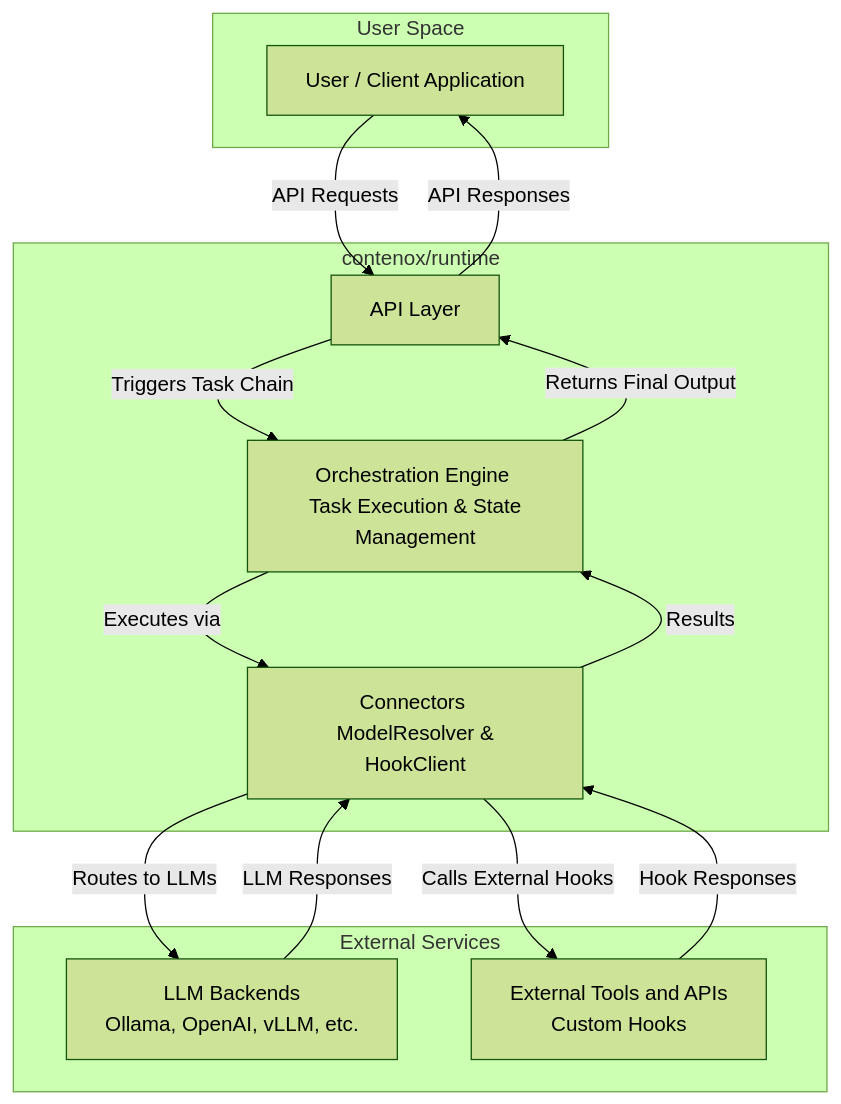
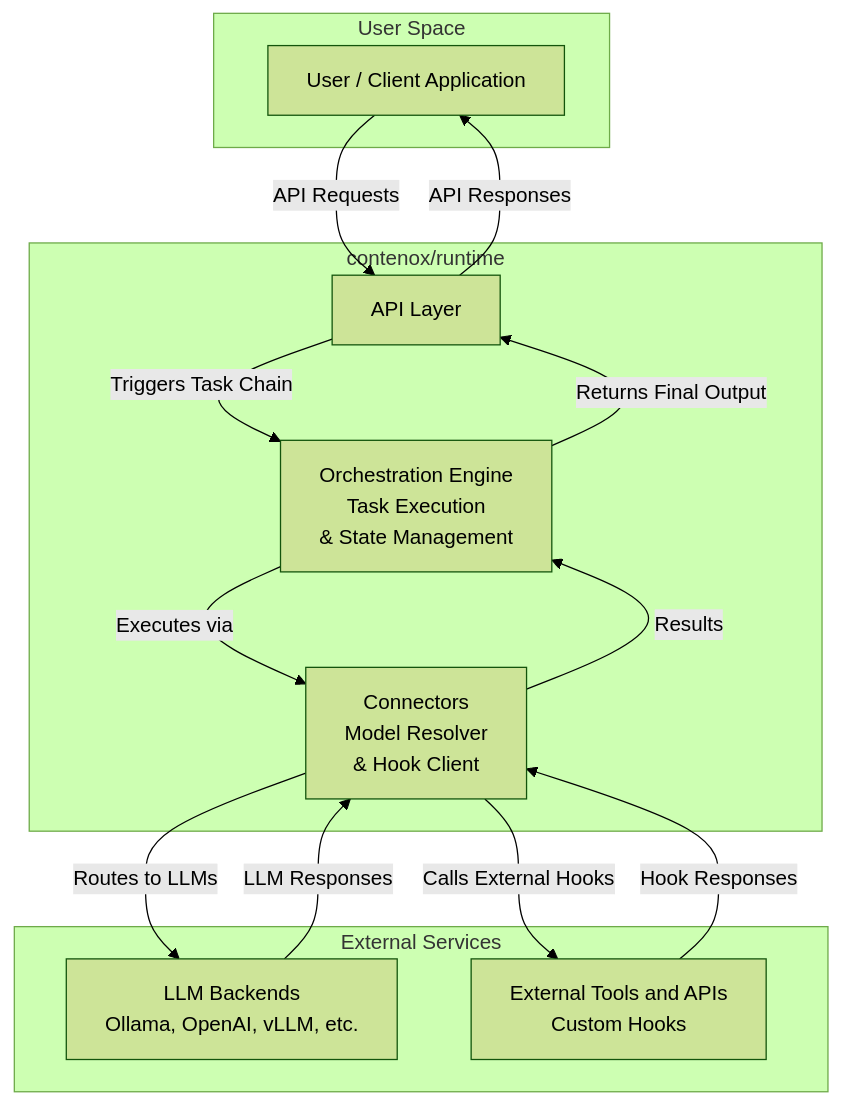
Before and after one commit to contenox/runtime: the diagram in README.md, drawn with Mermaid (forest theme).

````diff
--- a/README.md
+++ b/README.md
@@ -141,30 +141,30 @@
 ```mermaid
 graph TD
     subgraph "User Space"
         U[User / Client Application]
     end
 
     subgraph "contenox/runtime"
         API[API Layer]
-        OE["Orchestration Engine <br/> Task Execution & State Management"]
-        CONN["Connectors <br/> ModelResolver & HookClient"]
+        OE["Orchestration Engine <br/> Task Execution <br/> & State Management"]
+        CONN["Connectors <br/> Model Resolver <br/> & Hook Client"]
     end
 
     subgraph "External Services"
         LLM[LLM Backends <br/> Ollama, OpenAI, vLLM, etc.]
         HOOK[External Tools and APIs <br/> Custom Hooks]
     end
 
     %% --- Data Flow ---
     U -- API Requests --> API
     API -- Triggers Task Chain --> OE
     OE -- Executes via --> CONN
     CONN -- Routes to LLMs --> LLM
     CONN -- Calls External Hooks --> HOOK
 
     LLM -- LLM Responses --> CONN
     HOOK -- Hook Responses --> CONN
     CONN -- Results --> OE
     OE -- Returns Final Output --> API
     API -- API Responses --> U
 ```
````
